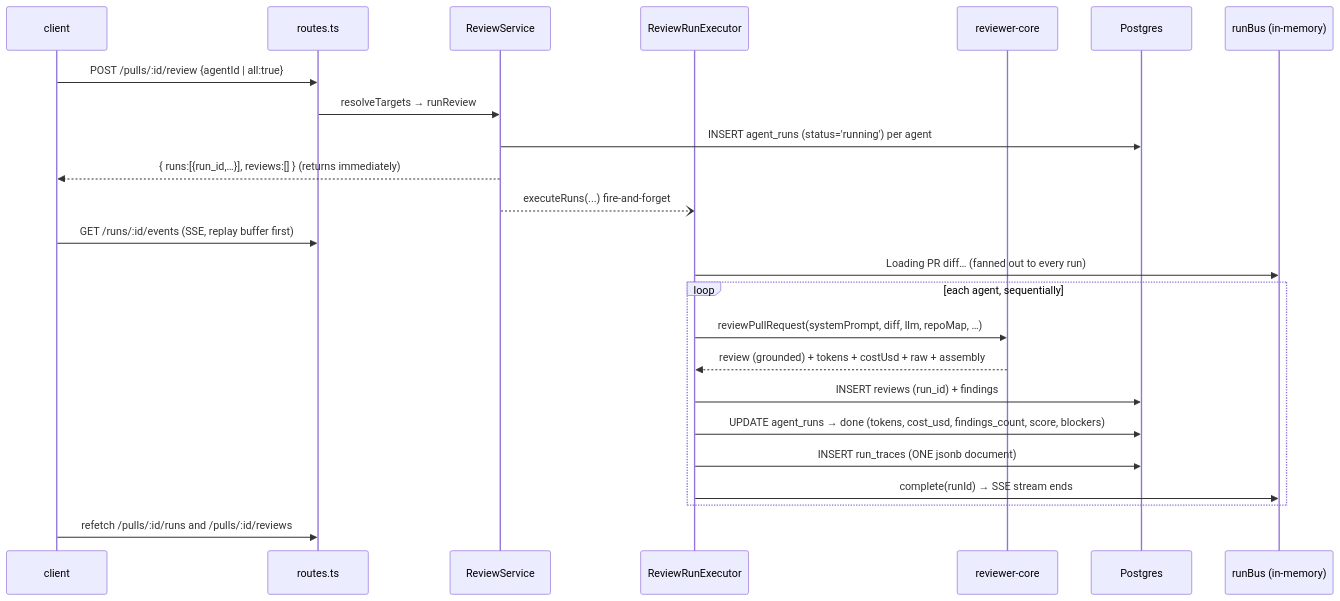
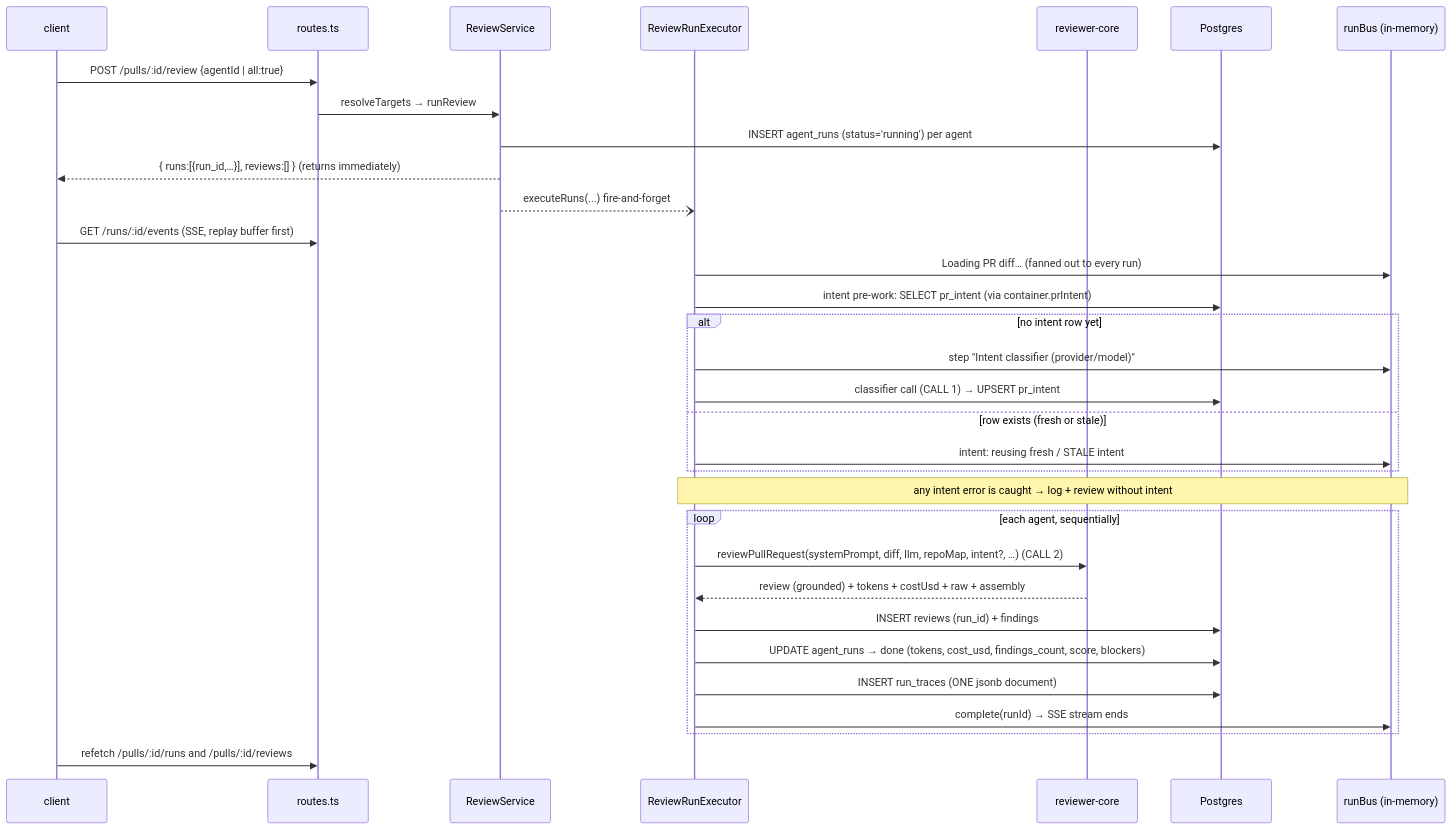
The diagram in server/docs/review-run-lifecycle.md (vzhut/dev-digest), drawn with Mermaid before and after one commit. The commit also changed other lines of this file and 36 other files, not shown here.

First line of the commit message:
feat(server): intent module, review integration, ticket fetcher and prompt logging

````diff
--- a/server/docs/review-run-lifecycle.md
+++ b/server/docs/review-run-lifecycle.md
@@ -11,27 +12,35 @@
 ```mermaid
 sequenceDiagram
   participant UI as client
   participant R as routes.ts
   participant S as ReviewService
   participant X as ReviewRunExecutor
   participant E as reviewer-core
   participant DB as Postgres
   participant B as runBus (in-memory)
 
   UI->>R: POST /pulls/:id/review {agentId | all:true}
   R->>S: resolveTargets → runReview
   S->>DB: INSERT agent_runs (status='running') per agent
   S-->>UI: { runs:[{run_id,…}], reviews:[] }  (returns immediately)
   S--)X: executeRuns(...)  fire-and-forget
   UI->>R: GET /runs/:id/events (SSE, replay buffer first)
   X->>B: Loading PR diff… (fanned out to every run)
+  X->>DB: intent pre-work: SELECT pr_intent (via container.prIntent)
+  alt no intent row yet
+    X->>B: step "Intent classifier (provider/model)"
+    X->>DB: classifier call (CALL 1) → UPSERT pr_intent
+  else row exists (fresh or stale)
+    X->>B: intent: reusing fresh / STALE intent
+  end
+  Note over X,B: any intent error is caught → log + review without intent
   loop each agent, sequentially
-    X->>E: reviewPullRequest(systemPrompt, diff, llm, repoMap, …)
+    X->>E: reviewPullRequest(systemPrompt, diff, llm, repoMap, intent?, …)  (CALL 2)
     E-->>X: review (grounded) + tokens + costUsd + raw + assembly
     X->>DB: INSERT reviews (run_id) + findings
     X->>DB: UPDATE agent_runs → done (tokens, cost_usd, findings_count, score, blockers)
     X->>DB: INSERT run_traces (ONE jsonb document)
     X->>B: complete(runId) → SSE stream ends
   end
   UI->>R: refetch /pulls/:id/runs and /pulls/:id/reviews
 ```
````
